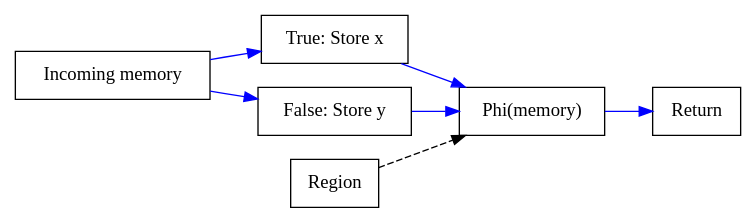
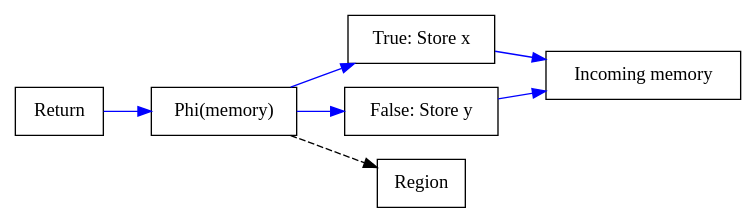
Before and after one commit to SeaOfNodes/Simple: the diagram in chapter10a/docs/example2a.gv, drawn with Graphviz. The commit also changed 17 other files, not shown here.

```diff
--- a/chapter10a/docs/example2a.gv
+++ b/chapter10a/docs/example2a.gv
@@ -1,10 +1,10 @@
 digraph Memory {
   rankdir=LR;
   node [shape=box];
   M [label="Incoming memory"];
   A [label="True: Store x"];
   B [label="False: Store y"];
   P [label="Phi(memory)"];
-  M -> A -> P [color=blue]; M -> B -> P [color=blue];
-  Region -> P [style=dashed]; P -> Return [color=blue];
+  P -> A -> M [color=blue]; P -> B -> M [color=blue];
+  P -> Region [style=dashed]; Return -> P [color=blue];
 }
```
